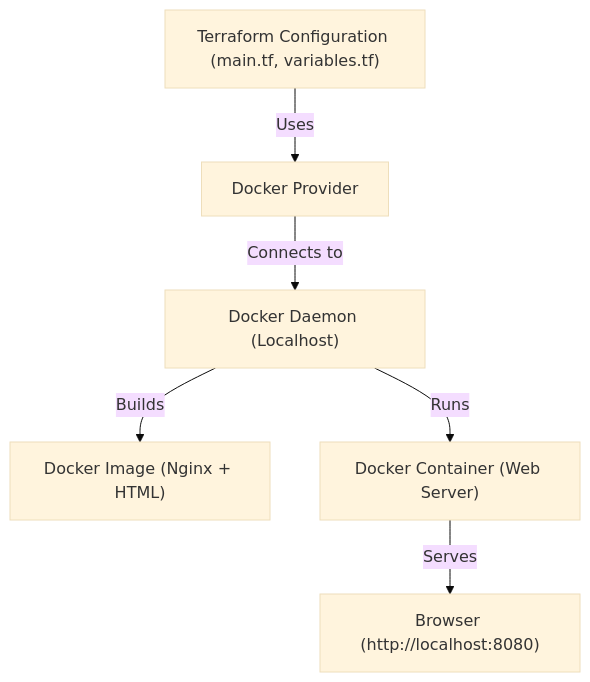
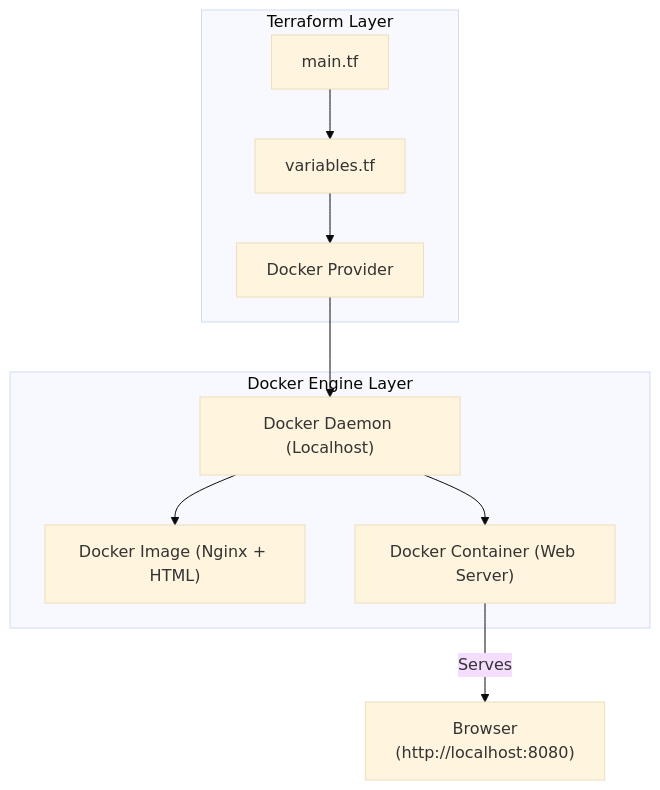
One commit to umbrella-in-sun-007/terraform-docker-single-tier-app changed the diagram in README.md. Above: the diagram before and after it, drawn with Mermaid (base theme).

Commit message:
modified:   README.md

````diff
--- a/README.md
+++ b/README.md
@@ -20,8 +20,15 @@
 ```mermaid
 flowchart TD;
-    A["Terraform Configuration (main.tf, variables.tf)"] -->|Uses| B["Docker Provider"];
-    B -->|Connects to| C["Docker Daemon (Localhost)"];
-    C -->|Builds| D["Docker Image (Nginx + HTML)"];
-    C -->|Runs| E["Docker Container (Web Server)"];
-    E -->|Serves| F["Browser (http://localhost:8080)"];
+    subgraph Terraform["Terraform Layer"]
+        A["main.tf"] --> B["variables.tf"]
+        B --> C["Docker Provider"]
+    end
+
+    subgraph Docker["Docker Engine Layer"]
+        C --> D["Docker Daemon (Localhost)"]
+        D --> E["Docker Image (Nginx + HTML)"]
+        D --> F["Docker Container (Web Server)"]
+    end
+
+    F -->|Serves| G["Browser\n(http://localhost:8080)"]
 ```
````
